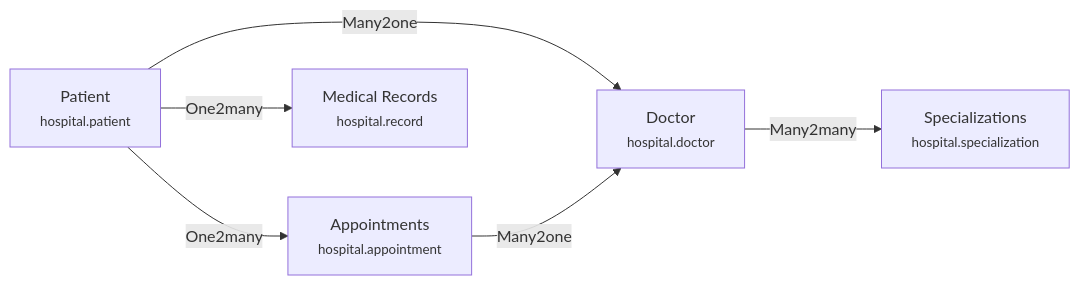
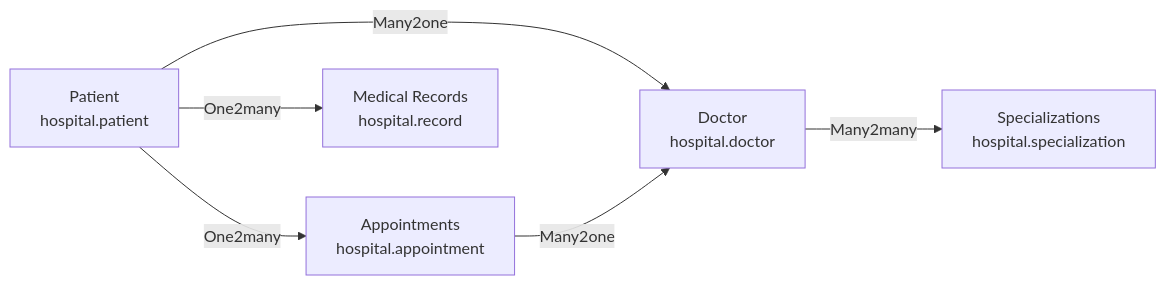
Before and after one commit to pran-odoo/odoo-training: the first of 10 diagrams in docs/19-examples.md, drawn with Mermaid. The commit also changed other lines of this file and 6 other files, not shown here.

First line of the commit message:
Remove HTML br tags from Mermaid diagrams

````diff
--- a/docs/19-examples.md
+++ b/docs/19-examples.md
@@ -15,8 +15,13 @@
 ```mermaid
 graph LR
-    P[Patient<br><small>hospital.patient</small>] -->|Many2one| D[Doctor<br><small>hospital.doctor</small>]
-    P -->|One2many| A[Appointments<br><small>hospital.appointment</small>]
-    P -->|One2many| MR[Medical Records<br><small>hospital.record</small>]
+    P["Patient
+    hospital.patient"] -->|Many2one| D["Doctor
+    hospital.doctor"]
+    P -->|One2many| A["Appointments
+    hospital.appointment"]
+    P -->|One2many| MR["Medical Records
+    hospital.record"]
     A -->|Many2one| D
-    D -->|Many2many| S[Specializations<br><small>hospital.specialization</small>]
+    D -->|Many2many| S["Specializations
+    hospital.specialization"]
 ```
````
